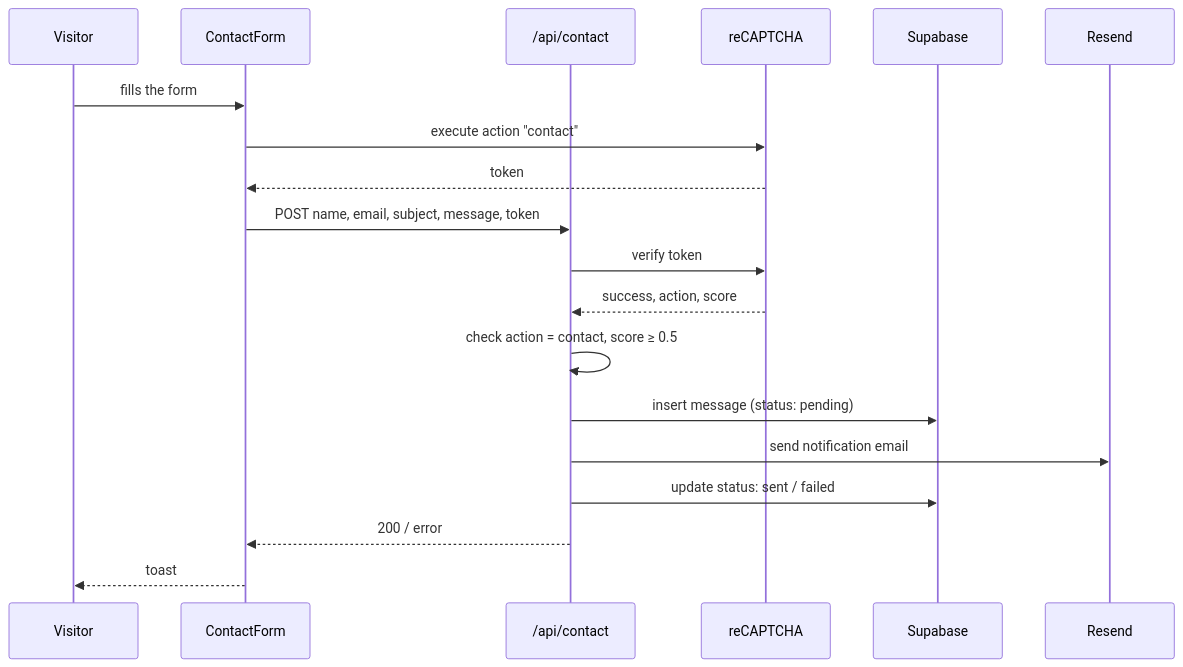
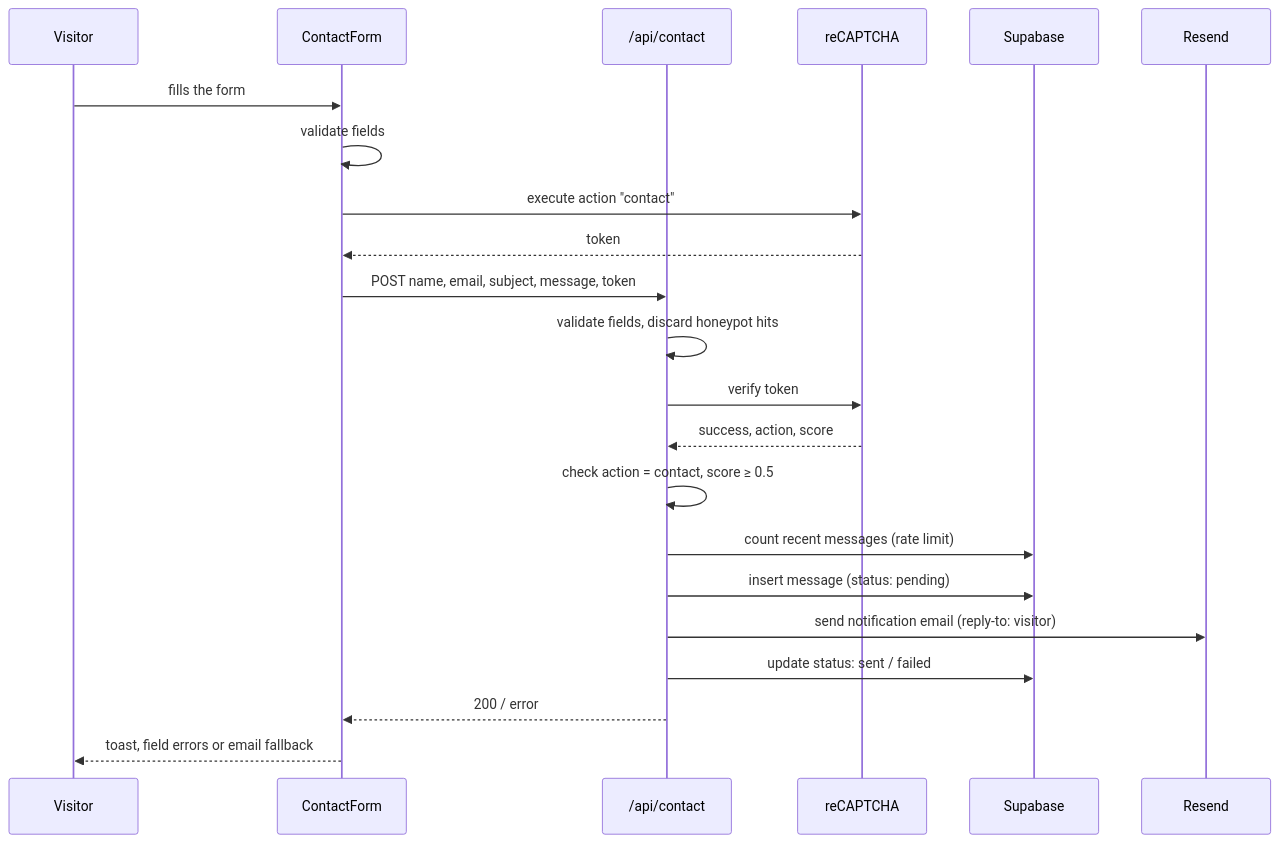
Before and after one commit to moilolon/portfolio: the diagram in README.md, drawn with Mermaid. The commit also changed other lines of this file and 30 other files, not shown here.

````diff
--- a/README.md
+++ b/README.md
@@ -67,22 +67,25 @@
 ```mermaid
 sequenceDiagram
     participant V as Visitor
     participant F as ContactForm
     participant A as /api/contact
     participant G as reCAPTCHA
     participant S as Supabase
     participant R as Resend
 
     V->>F: fills the form
+    F->>F: validate fields
     F->>G: execute action "contact"
     G-->>F: token
     F->>A: POST name, email, subject, message, token
+    A->>A: validate fields, discard honeypot hits
     A->>G: verify token
     G-->>A: success, action, score
     A->>A: check action = contact, score ≥ 0.5
+    A->>S: count recent messages (rate limit)
     A->>S: insert message (status: pending)
-    A->>R: send notification email
+    A->>R: send notification email (reply-to: visitor)
     A->>S: update status: sent / failed
     A-->>F: 200 / error
-    F-->>V: toast
+    F-->>V: toast, field errors or email fallback
 ```
````
